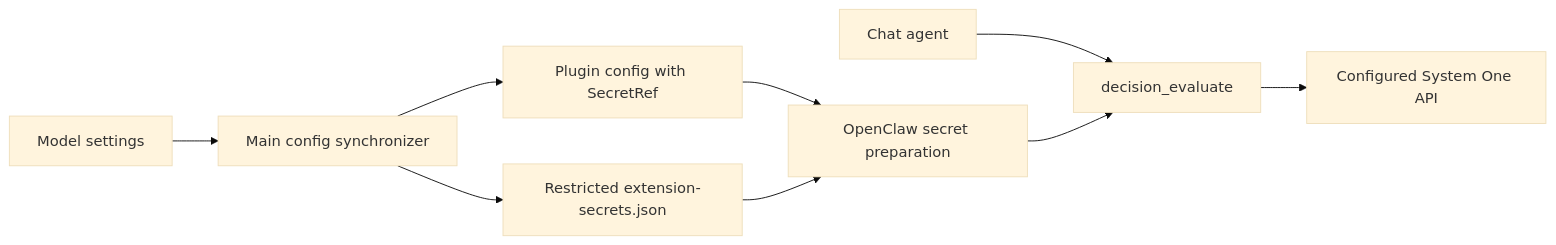
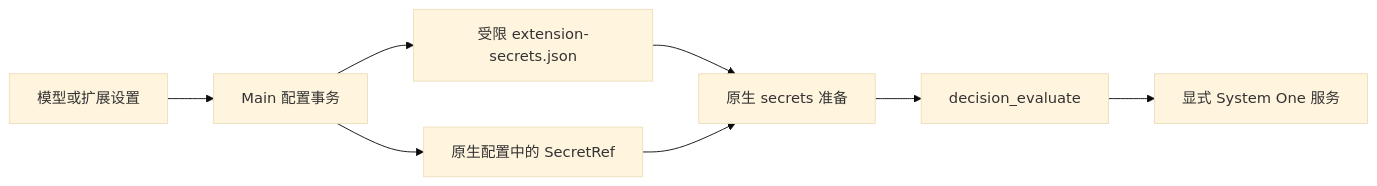
One commit to liangxhao/JustDo changed the diagram in docs/features/models/jev-integration.md. Above: the diagram before and after it, drawn with Mermaid (base theme). The commit also changed other lines of this file and 70 other files, not shown here.

Commit message:
docs: reorganize architecture, features, and plans

````diff
--- a/docs/features/models/jev-integration.md
+++ b/docs/features/models/jev-integration.md
@@ -88,11 +48,10 @@
 ```mermaid
 flowchart LR
-  UI[Model settings] --> Main[Main config synchronizer]
-  Main --> Secret[Restricted extension-secrets.json]
-  Main --> Config[Plugin config with SecretRef]
-  Config --> Gateway[OpenClaw secret preparation]
-  Secret --> Gateway
-  Chat[Chat agent] --> Tool[decision_evaluate]
-  Gateway --> Tool
-  Tool --> API[Configured System One API]
+  UI[模型或扩展设置] --> Main[Main 配置事务]
+  Main --> Secret[受限 extension-secrets.json]
+  Main --> Config[原生配置中的 SecretRef]
+  Secret --> Gateway[原生 secrets 准备]
+  Config --> Gateway
+  Gateway --> Tool[decision_evaluate]
+  Tool --> API[显式 System One 服务]
 ```
````
